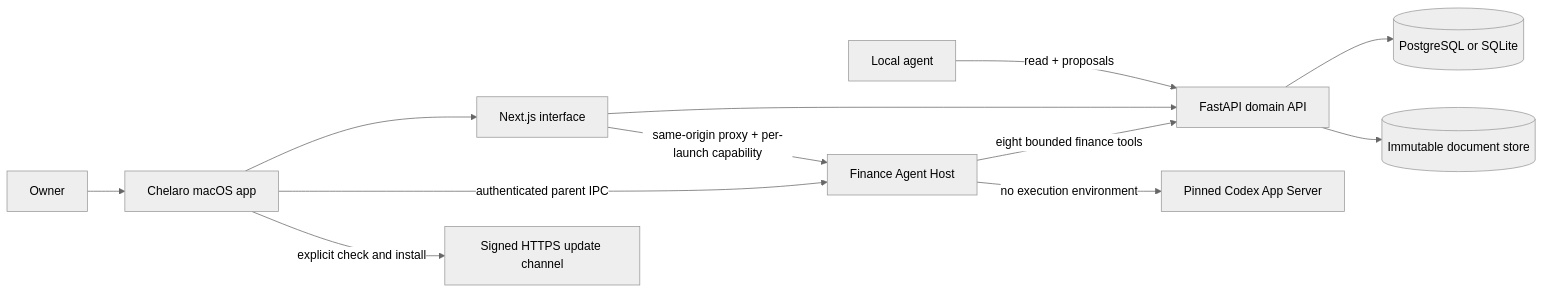
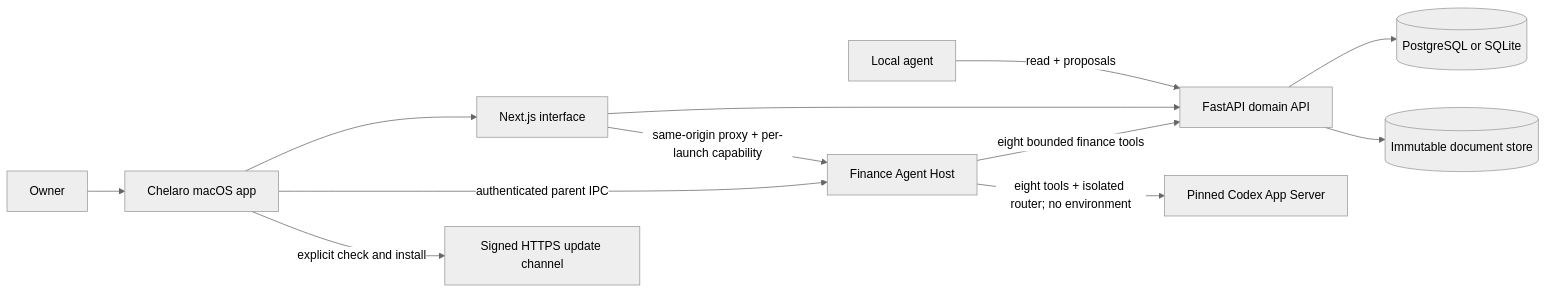
One commit to ChrBoebel/chelaro changed the first of 2 diagrams in docs/architecture/ARCHITECTURE.md. Above: the diagram before and after it, drawn with Mermaid (neutral theme). The commit also changed other lines of this file and 27 other files, not shown here.

````diff
--- a/docs/architecture/ARCHITECTURE.md
+++ b/docs/architecture/ARCHITECTURE.md
@@ -11,14 +11,14 @@
 ```mermaid
 flowchart LR
     Owner[Owner] --> Desktop[Chelaro macOS app]
     Desktop --> Web[Next.js interface]
     Web --> API[FastAPI domain API]
     LocalAgent[Local agent] -->|read + proposals| API
     Desktop -->|authenticated parent IPC| AgentHost[Finance Agent Host]
     Web -->|same-origin proxy + per-launch capability| AgentHost
     AgentHost -->|eight bounded finance tools| API
-    AgentHost -->|no execution environment| Codex[Pinned Codex App Server]
+    AgentHost -->|eight tools + isolated router; no environment| Codex[Pinned Codex App Server]
     API --> DB[(PostgreSQL or SQLite)]
     API --> Originals[(Immutable document store)]
     Desktop -->|explicit check and install| Updates[Signed HTTPS update channel]
 ```
````
